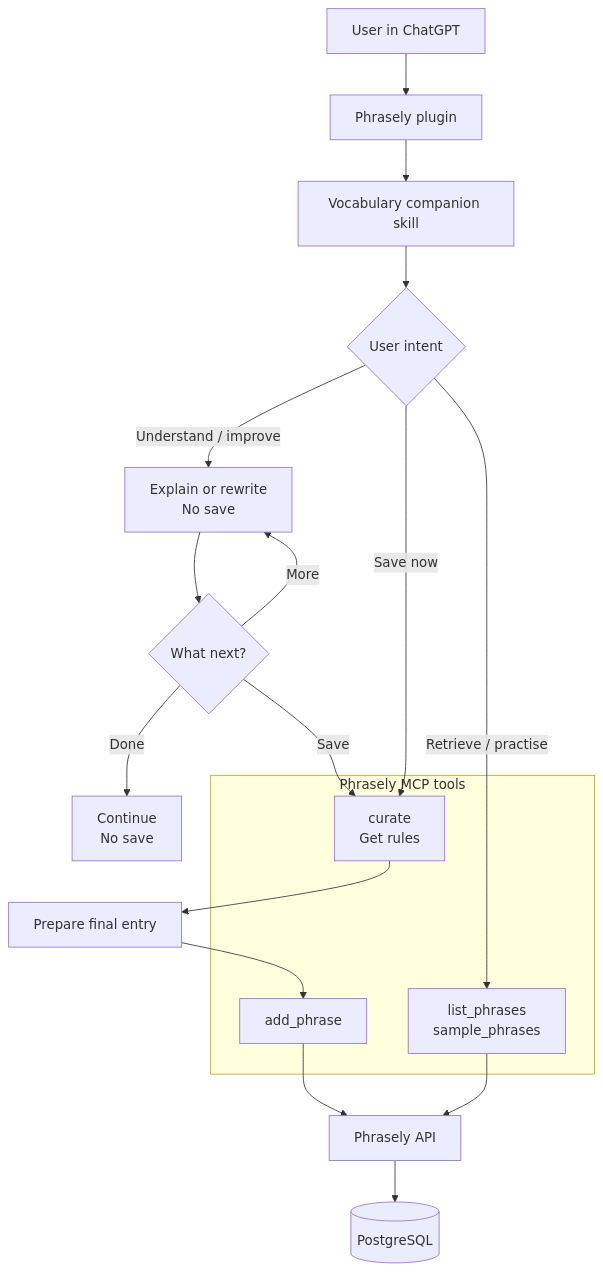
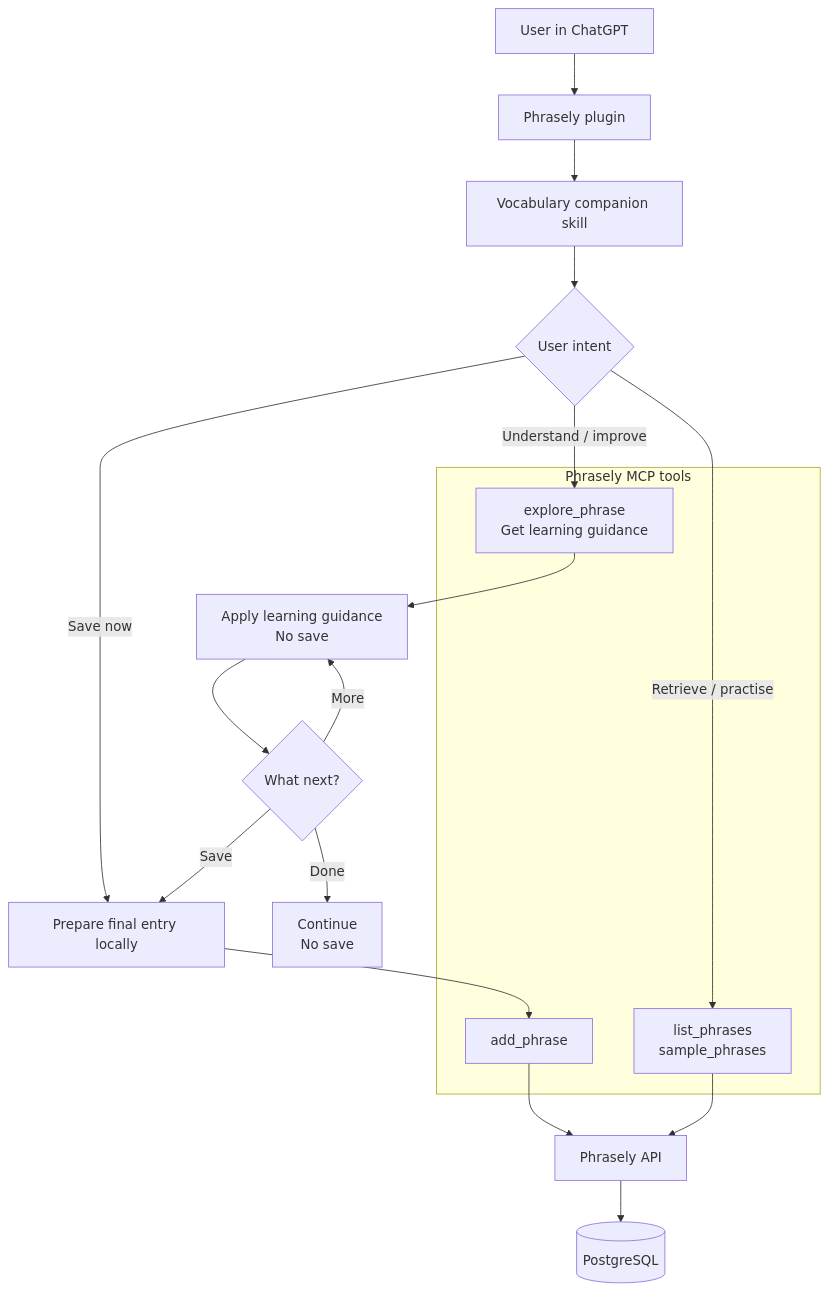
Before and after one commit to andreistefanciprian/phrasely: the diagram in README.md, drawn with Mermaid. The commit also changed 7 other files, not shown here.

````diff
--- a/README.md
+++ b/README.md
@@ -25,28 +25,28 @@
 ```mermaid
 flowchart TB
     U["User in ChatGPT"] --> P["Phrasely plugin"]
     P --> S["Vocabulary companion skill"]
     S --> I{"User intent"}
 
-    I -->|"Understand / improve"| C["Explain or rewrite<br/>No save"]
+    I -->|"Understand / improve"| Q
+    Q --> C["Apply learning guidance<br/>No save"]
     C --> D{"What next?"}
     D -->|"More"| C
     D -->|"Done"| X["Continue<br/>No save"]
-    D -->|"Save"| Q
 
-    I -->|"Save now"| Q
-    Q --> E["Prepare final entry"]
+    I -->|"Save now"| E["Prepare final entry locally"]
+    D -->|"Save"| E
     E --> A
 
     I -->|"Retrieve / practise"| R
 
     subgraph MCP["Phrasely MCP tools"]
-        Q["curate<br/>Get rules"]
+        Q["explore_phrase<br/>Get learning guidance"]
         A["add_phrase"]
         R["list_phrases<br/>sample_phrases"]
     end
 
     A --> API["Phrasely API"]
     R --> API
     API --> DB[("PostgreSQL")]
 ```
````
